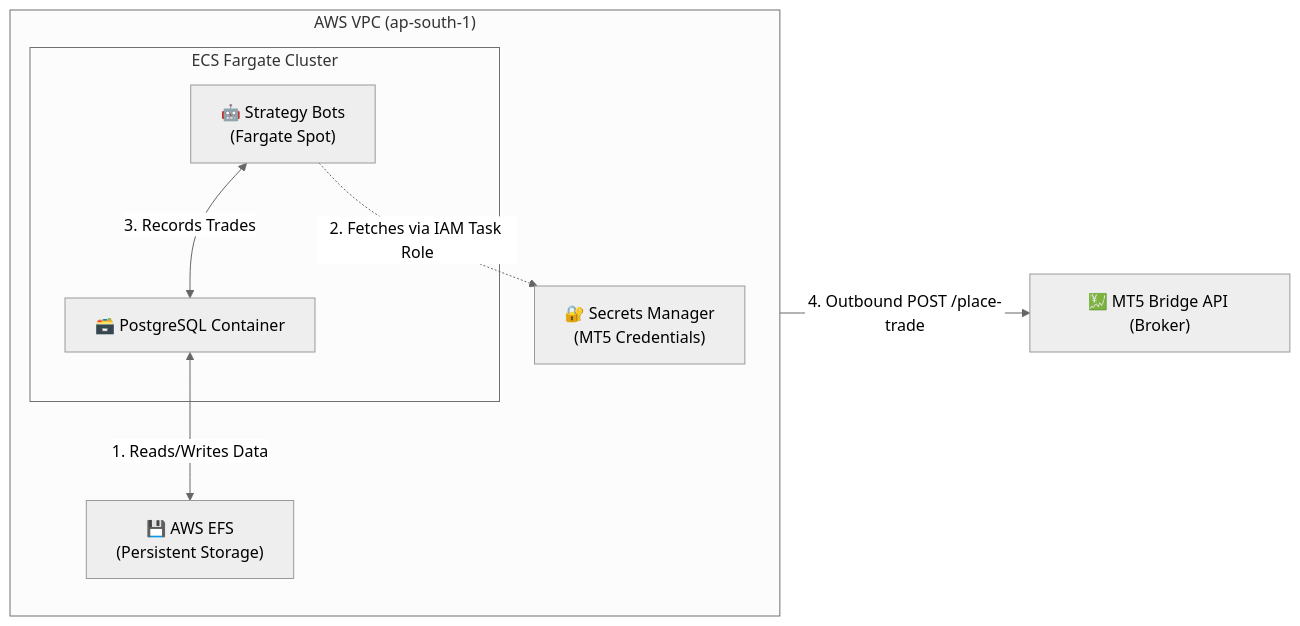
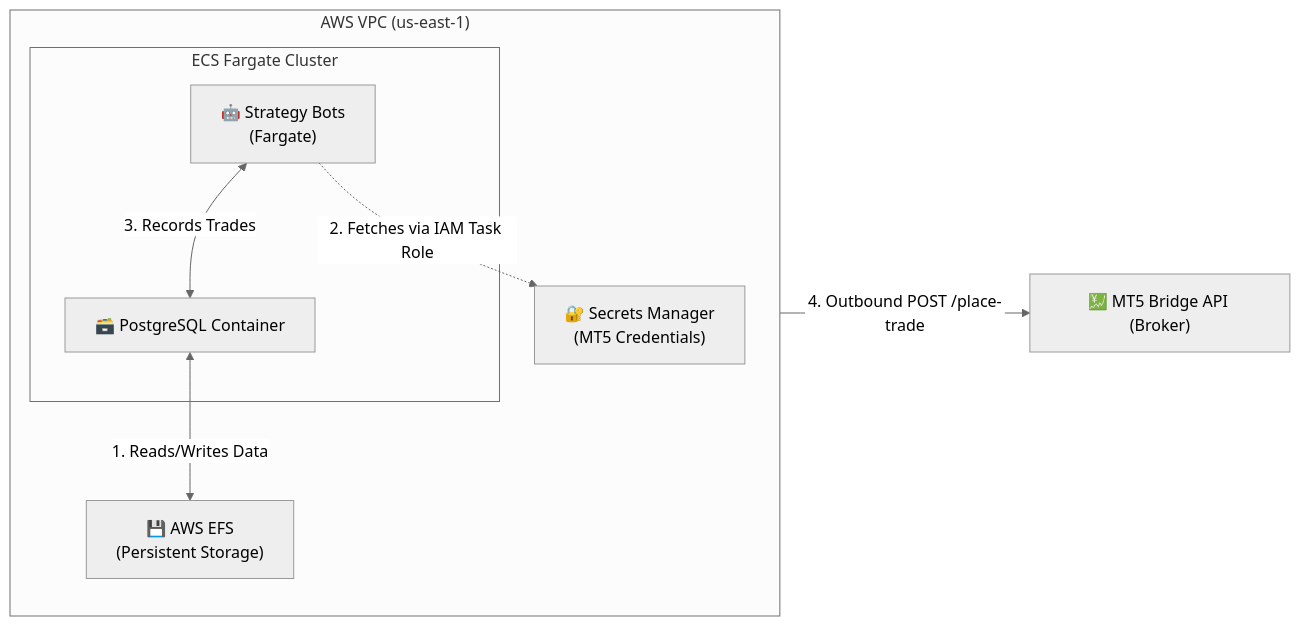
Before and after one commit to kaushalpatil205/algofleet-orchestrator: the third of 3 diagrams in serverless-ecs-architecture/flowchart/flowchart.md, drawn with Mermaid (neutral theme). The commit also changed 2 other files, not shown here.

Commit message:
ci(ecs): build and push ECR images, target us-east-1, and switch to on-demand Fargate
- Add Amazon ECR login and Docker build/push steps for strategy-engine in deploy-ecs.yml
- Add optional checkout of private strategy-engine repository
- Add symlink handling for Dockerfile path compatibility
- Target us-east-1 across credentials, CLI parameters, and task definition registration
- Update capacity provider strategy from FARGATE_SPOT to standard on-demand FARGATE (weight=100)
- Add nullglob protection, registration check, and --force-new-deployment for immediate rolling restart
- Update README and architecture flowcharts to reflect us-east-1 and on-demand Fargate execution

````diff
--- a/serverless-ecs-architecture/flowchart/flowchart.md
+++ b/serverless-ecs-architecture/flowchart/flowchart.md
@@ -72,29 +72,29 @@
 ```mermaid
 flowchart LR
-    subgraph AWS["AWS VPC (ap-south-1)"]
+    subgraph AWS["AWS VPC (us-east-1)"]
         direction TB
         
         SM["🔐 Secrets Manager
 (MT5 Credentials)"]
         EFS["💾 AWS EFS
 (Persistent Storage)"]
         
         subgraph ECS["ECS Fargate Cluster"]
             BOTS["🤖 Strategy Bots
-(Fargate Spot)"]
+(Fargate)"]
             PG["🗃️ PostgreSQL Container"]
         end
     end
     
     MT5["💹 MT5 Bridge API (Broker)"]
     
     %% Storage Flow
     PG <-->|1. Reads/Writes Data| EFS
     
     %% Secrets Flow
     BOTS -.->|2. Fetches via IAM Task Role| SM
     
     %% Trade Flow
     BOTS <-->|3. Records Trades| PG
     BOTS -->|4. Outbound POST /place-trade| MT5
 ```
````
